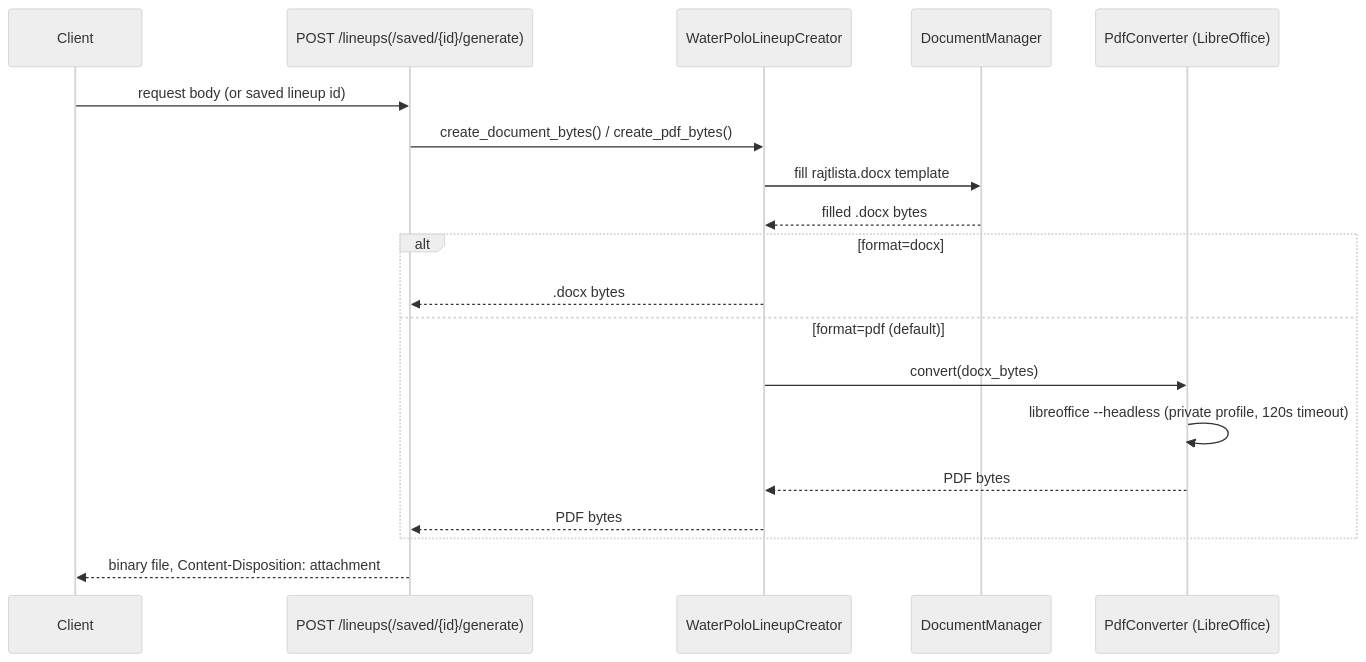
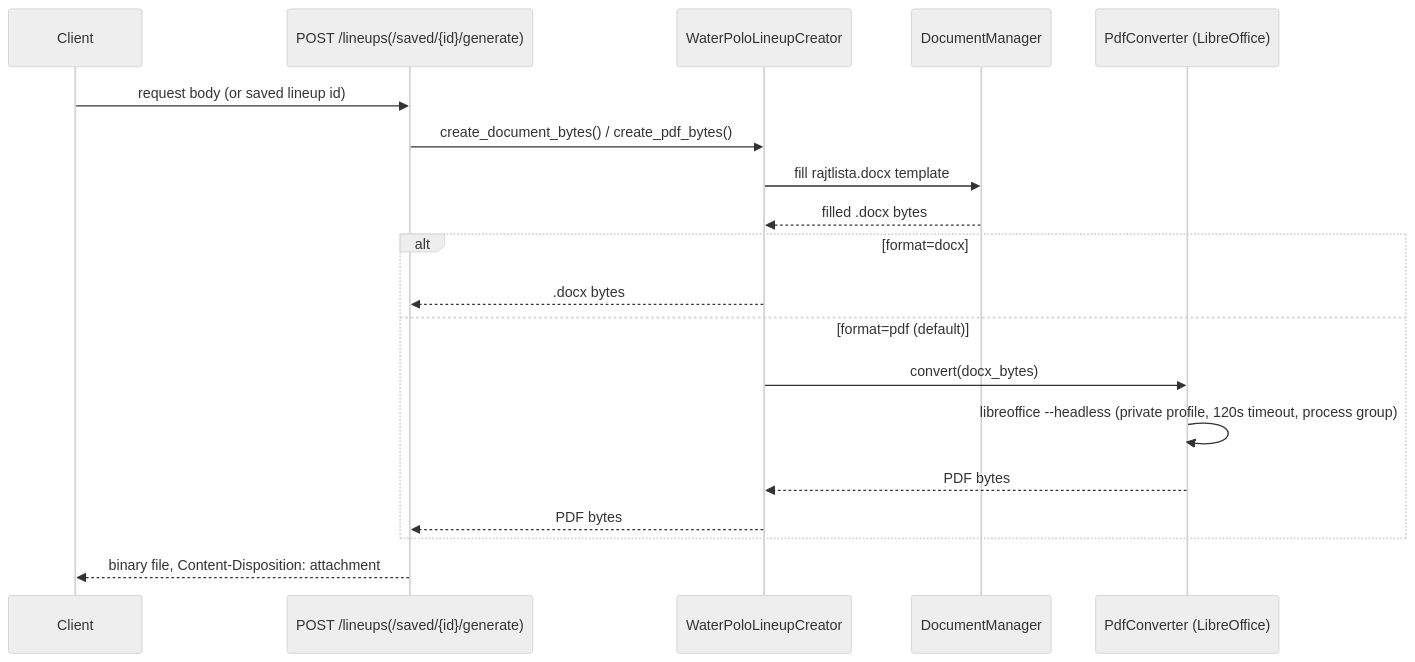
Before and after one commit to LasterBergamot/lineup: the third of 3 diagrams in documentation/Current-State-Backend.md, drawn with Mermaid (neutral theme). The commit also changed other lines of this file and 19 other files, not shown here.

````diff
--- a/documentation/Current-State-Backend.md
+++ b/documentation/Current-State-Backend.md
@@ -336,22 +345,22 @@
 ```mermaid
 sequenceDiagram
     participant Client
     participant Router as POST /lineups(/saved/{id}/generate)
     participant Creator as WaterPoloLineupCreator
     participant Doc as DocumentManager
     participant PDF as PdfConverter (LibreOffice)
 
     Client->>Router: request body (or saved lineup id)
     Router->>Creator: create_document_bytes() / create_pdf_bytes()
     Creator->>Doc: fill rajtlista.docx template
     Doc-->>Creator: filled .docx bytes
     alt format=docx
         Creator-->>Router: .docx bytes
     else format=pdf (default)
         Creator->>PDF: convert(docx_bytes)
-        PDF->>PDF: libreoffice --headless (private profile, 120s timeout)
+        PDF->>PDF: libreoffice --headless (private profile, 120s timeout, process group)
         PDF-->>Creator: PDF bytes
         Creator-->>Router: PDF bytes
     end
     Router-->>Client: binary file, Content-Disposition: attachment
 ```
````
